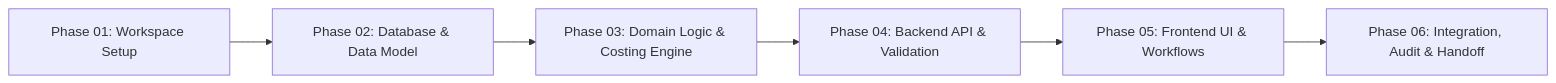
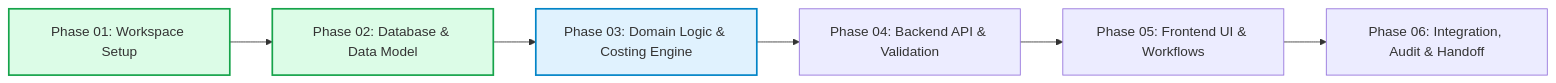
The diagram in docs/IMPLEMENTATION_PLAN.md (AhmedAlkasadi2003/project-erp), drawn with Mermaid before and after one commit. The commit also changed other lines of this file and 10 other files, not shown here.

Commit message:
feat: implement database foundation, relational schema, migrations, and seed (Phase 02)

````diff
--- a/docs/IMPLEMENTATION_PLAN.md
+++ b/docs/IMPLEMENTATION_PLAN.md
@@ -9,8 +9,12 @@
 ```mermaid
 flowchart LR
   P1[Phase 01: Workspace Setup] --> P2[Phase 02: Database & Data Model]
   P2 --> P3[Phase 03: Domain Logic & Costing Engine]
   P3 --> P4[Phase 04: Backend API & Validation]
   P4 --> P5[Phase 05: Frontend UI & Workflows]
   P5 --> P6[Phase 06: Integration, Audit & Handoff]
+
+  style P1 fill:#dcfce7,stroke:#16a34a,stroke-width:2px
+  style P2 fill:#dcfce7,stroke:#16a34a,stroke-width:2px
+  style P3 fill:#e0f2fe,stroke:#0284c7,stroke-width:2px
 ```
````
